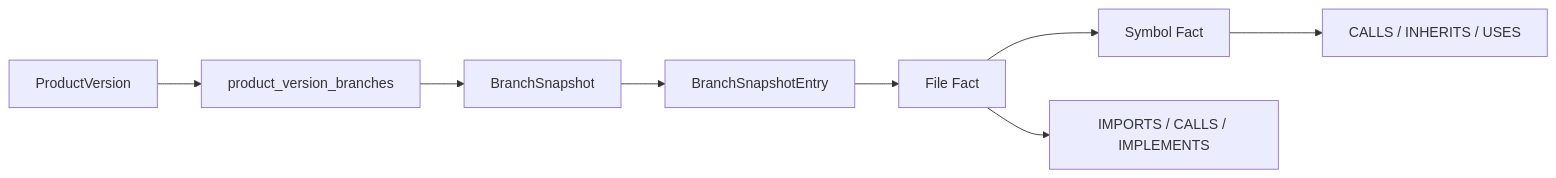
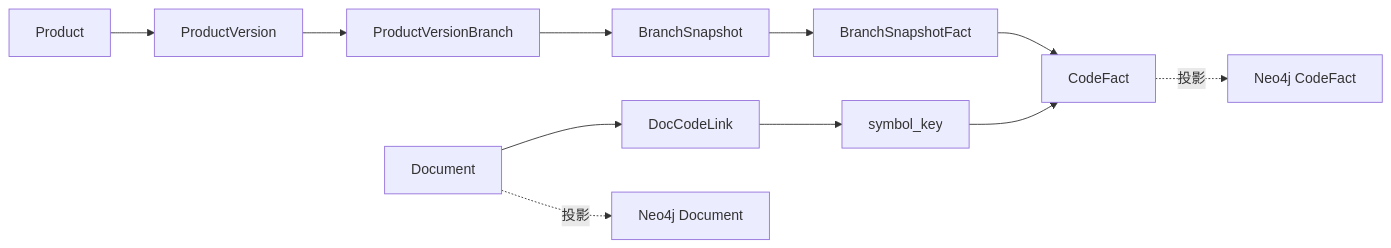
Before and after one commit to XuJiachengZust/NeoDev: the diagram in docs/requirements/rd-knowledge-graph-mvp/technical/06-graph-storage-structure.md, drawn with Mermaid. The commit also changed other lines of this file and 55 other files, not shown here.

Commit message:
feat: rebuild graph storage around code facts

````diff
--- a/docs/requirements/rd-knowledge-graph-mvp/technical/06-graph-storage-structure.md
+++ b/docs/requirements/rd-knowledge-graph-mvp/technical/06-graph-storage-structure.md
@@ -304,10 +43,15 @@
 ```mermaid
 flowchart LR
-    PV[ProductVersion] --> PVB[product_version_branches]
+    P[Product] --> PV[ProductVersion]
+    PV --> PVB[ProductVersionBranch]
     PVB --> BS[BranchSnapshot]
-    BS --> BSE[BranchSnapshotEntry]
-    BSE --> FF[File Fact]
-    FF --> SF[Symbol Fact]
-    FF --> R1[IMPORTS / CALLS / IMPLEMENTS]
-    SF --> R2[CALLS / INHERITS / USES]
+    BS --> BSF[BranchSnapshotFact]
+    BSF --> CF[CodeFact]
+
+    D[Document] --> DCL[DocCodeLink]
+    DCL --> SK[symbol_key]
+    SK --> CF
+
+    CF -.投影.-> N4J[Neo4j CodeFact]
+    D -.投影.-> N4JD[Neo4j Document]
 ```
````
